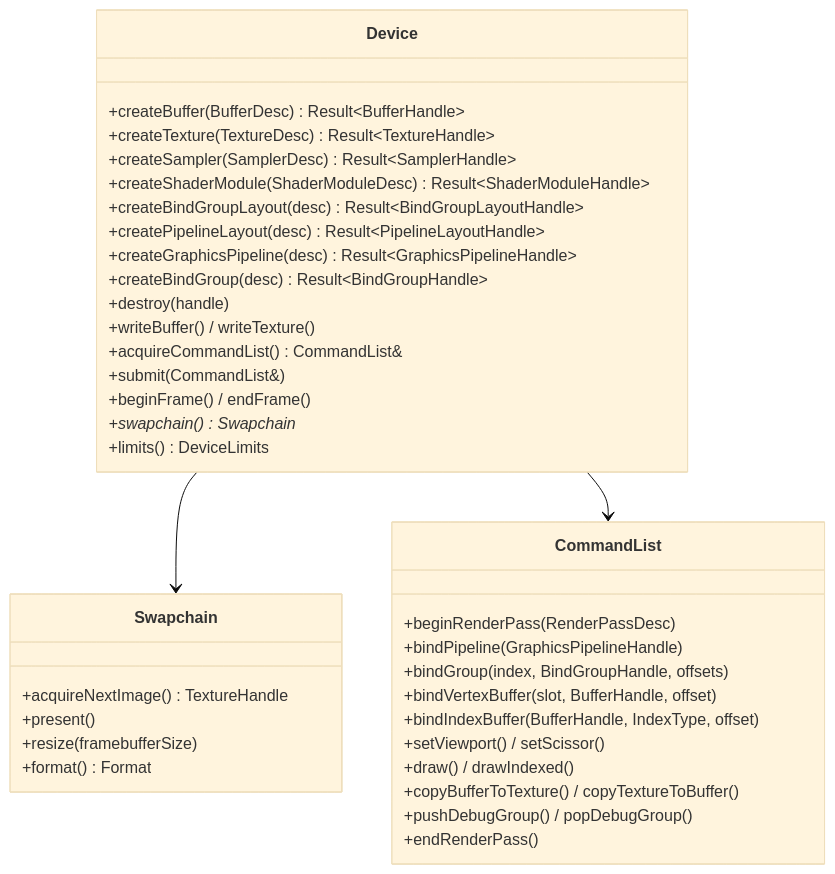
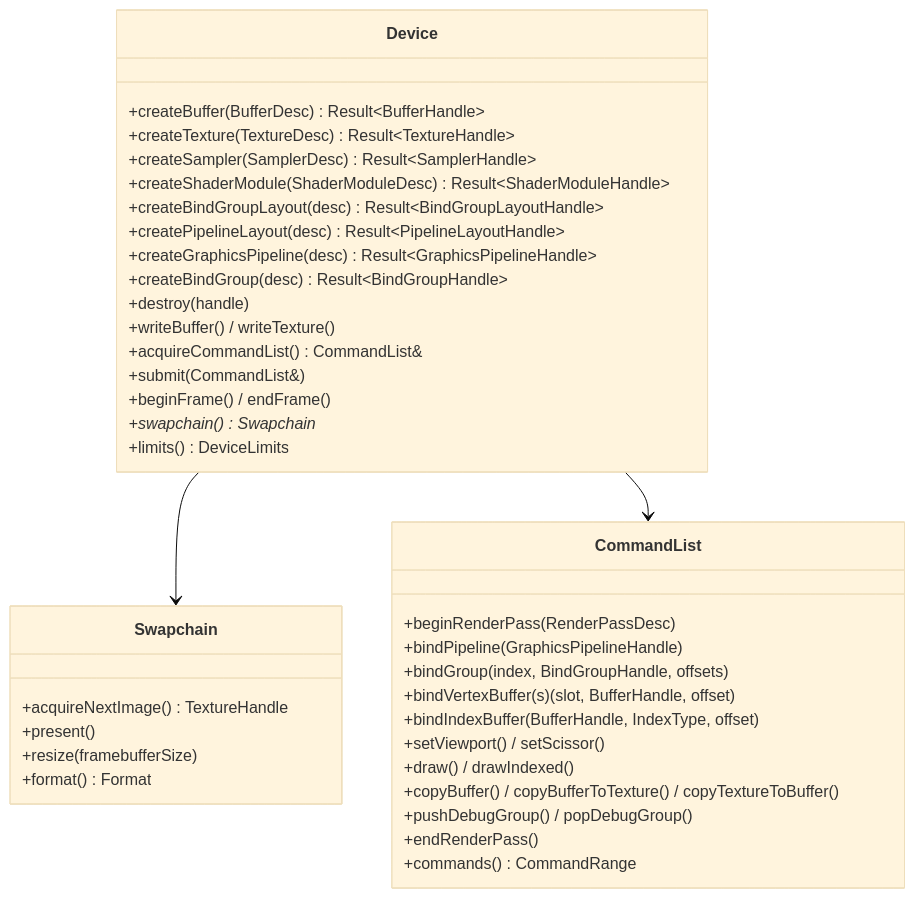
Before and after one commit to fyernald/teserra: the first of 3 diagrams in docs/architecture/rhi.md, drawn with Mermaid (base theme). The commit also changed other lines of this file and 16 other files, not shown here.

````diff
--- a/docs/architecture/rhi.md
+++ b/docs/architecture/rhi.md
@@ -18,40 +18,41 @@
 ```mermaid
 classDiagram
     class Device {
       +createBuffer(BufferDesc) Result~BufferHandle~
       +createTexture(TextureDesc) Result~TextureHandle~
       +createSampler(SamplerDesc) Result~SamplerHandle~
       +createShaderModule(ShaderModuleDesc) Result~ShaderModuleHandle~
       +createBindGroupLayout(desc) Result~BindGroupLayoutHandle~
       +createPipelineLayout(desc) Result~PipelineLayoutHandle~
       +createGraphicsPipeline(desc) Result~GraphicsPipelineHandle~
       +createBindGroup(desc) Result~BindGroupHandle~
       +destroy(handle)
       +writeBuffer() / writeTexture()
       +acquireCommandList() CommandList&
       +submit(CommandList&)
       +beginFrame() / endFrame()
       +swapchain() Swapchain*
       +limits() DeviceLimits
     }
     class Swapchain {
       +acquireNextImage() TextureHandle
       +present()
       +resize(framebufferSize)
       +format() Format
     }
     class CommandList {
       +beginRenderPass(RenderPassDesc)
       +bindPipeline(GraphicsPipelineHandle)
       +bindGroup(index, BindGroupHandle, offsets)
-      +bindVertexBuffer(slot, BufferHandle, offset)
+      +bindVertexBuffer(s)(slot, BufferHandle, offset)
       +bindIndexBuffer(BufferHandle, IndexType, offset)
       +setViewport() / setScissor()
       +draw() / drawIndexed()
-      +copyBufferToTexture() / copyTextureToBuffer()
+      +copyBuffer() / copyBufferToTexture() / copyTextureToBuffer()
       +pushDebugGroup() / popDebugGroup()
       +endRenderPass()
+      +commands() CommandRange
     }
     Device --> Swapchain
     Device --> CommandList
 ```
````
